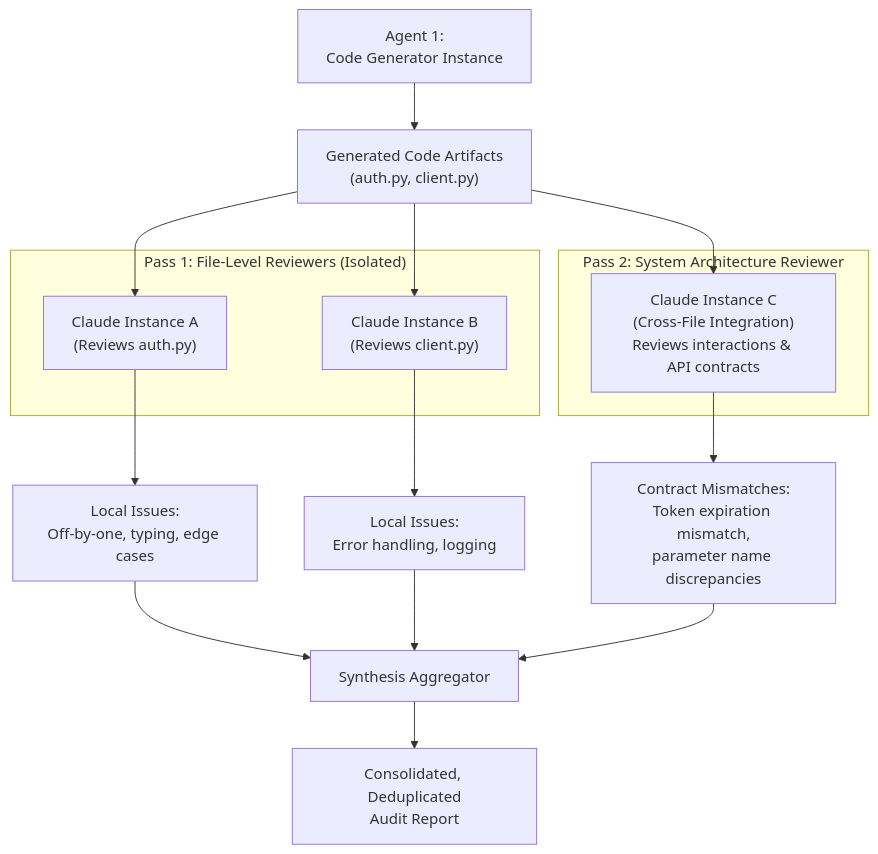
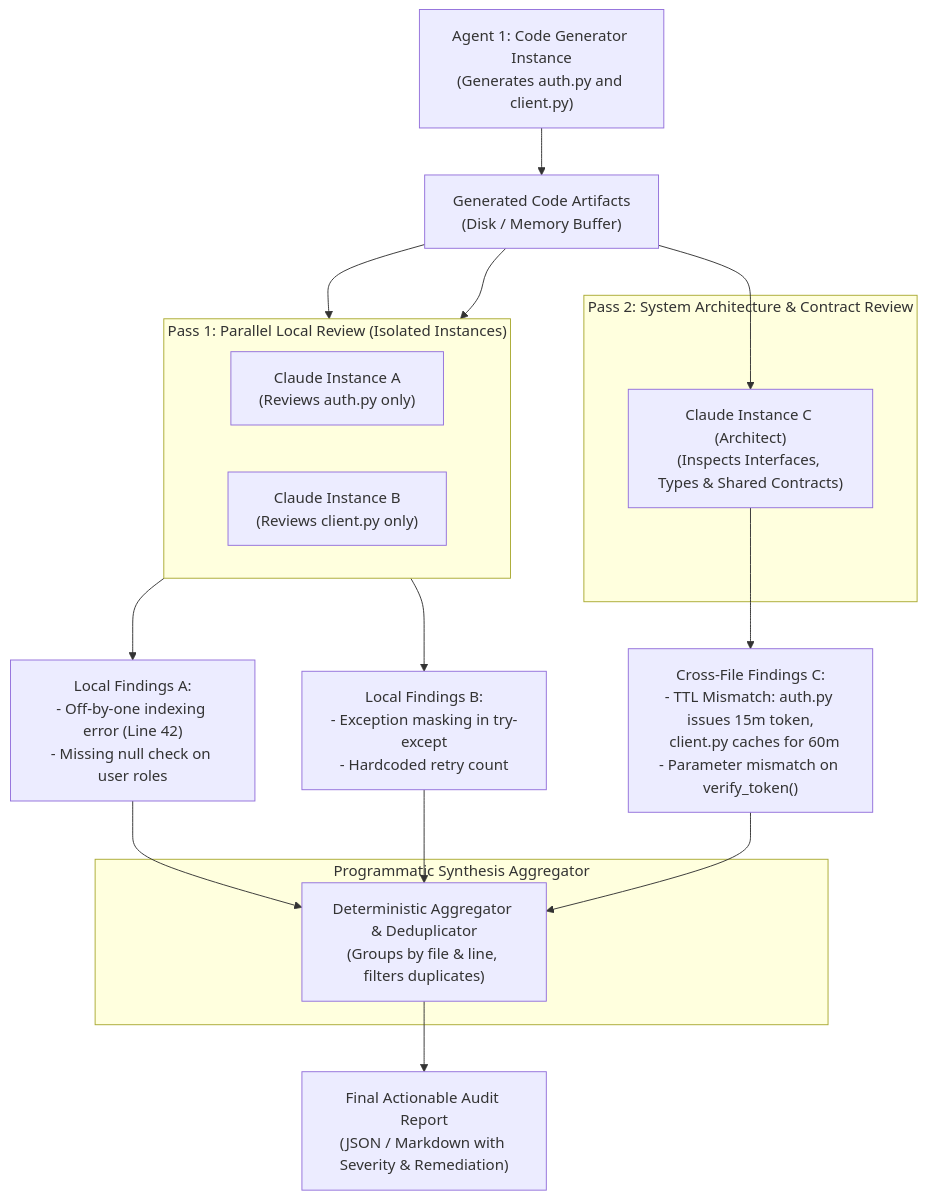
One commit to dip4k/claude_cert_architect_foundation_prep changed the diagram in domain4/ts_4_6_multi_pass_review/README.md. Above: the diagram before and after it, drawn with Mermaid. The commit also changed other lines of this file and 59 other files, not shown here.

````diff
--- a/domain4/ts_4_6_multi_pass_review/README.md
+++ b/domain4/ts_4_6_multi_pass_review/README.md
@@ -10,28 +57,33 @@
 ```mermaid
 flowchart TD
-    Generator["Agent 1:<br>Code Generator Instance"] --> Codebase["Generated Code Artifacts<br>(auth.py, client.py)"]
+    Generator["Agent 1: Code Generator Instance<br>(Generates auth.py and client.py)"] --> Artifacts["Generated Code Artifacts<br>(Disk / Memory Buffer)"]
     
-    subgraph Pass1["Pass 1: File-Level Reviewers (Isolated)"]
-        ReviewerA["Claude Instance A<br>(Reviews auth.py)"]
-        ReviewerB["Claude Instance B<br>(Reviews client.py)"]
+    subgraph Pass1["Pass 1: Parallel Local Review (Isolated Instances)"]
+        direction LR
+        ReviewerA["Claude Instance A<br>(Reviews auth.py only)"]
+        ReviewerB["Claude Instance B<br>(Reviews client.py only)"]
     end
     
-    Codebase --> ReviewerA
-    Codebase --> ReviewerB
+    Artifacts --> ReviewerA
+    Artifacts --> ReviewerB
     
-    ReviewerA --> FileFindingsA["Local Issues:<br>Off-by-one, typing, edge cases"]
-    ReviewerB --> FileFindingsB["Local Issues:<br>Error handling, logging"]
+    ReviewerA --> FindingsA["Local Findings A:<br>- Off-by-one indexing error (Line 42)<br>- Missing null check on user roles"]
+    ReviewerB --> FindingsB["Local Findings B:<br>- Exception masking in try-except<br>- Hardcoded retry count"]
     
-    subgraph Pass2["Pass 2: System Architecture Reviewer"]
-        CrossReviewer["Claude Instance C<br>(Cross-File Integration)<br>Reviews interactions & API contracts"]
+    subgraph Pass2["Pass 2: System Architecture & Contract Review"]
+        ReviewerC["Claude Instance C (Architect)<br>(Inspects Interfaces, Types & Shared Contracts)"]
     end
     
-    Codebase --> CrossReviewer
-    CrossReviewer --> ContractFindings["Contract Mismatches:<br>Token expiration mismatch,<br>parameter name discrepancies"]
+    Artifacts --> ReviewerC
+    ReviewerC --> ContractFindings["Cross-File Findings C:<br>- TTL Mismatch: auth.py issues 15m token,<br>  client.py caches for 60m<br>- Parameter mismatch on verify_token()"]
     
-    FileFindingsA --> Aggregator["Synthesis Aggregator"]
-    FileFindingsB --> Aggregator
+    subgraph Aggregation["Programmatic Synthesis Aggregator"]
+        Aggregator["Deterministic Aggregator & Deduplicator<br>(Groups by file & line, filters duplicates)"]
+    end
+    
+    FindingsA --> Aggregator
+    FindingsB --> Aggregator
     ContractFindings --> Aggregator
     
-    Aggregator --> FinalAudit["Consolidated, Deduplicated<br>Audit Report"]
+    Aggregator --> AuditReport["Final Actionable Audit Report<br>(JSON / Markdown with Severity & Remediation)"]
 ```
````
